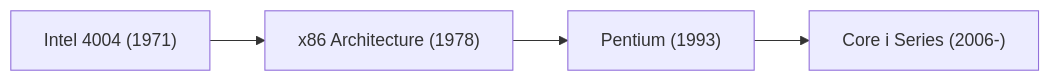
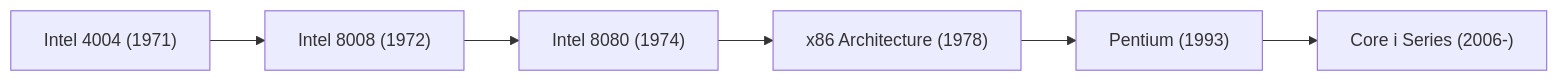
Before and after one commit to kenjinote/blog: the diagram in content/post/history-of-intel/index.md, drawn with Mermaid. The commit also changed other lines of this file and 276 other files, not shown here.

````diff
--- a/content/post/history-of-intel/index.md
+++ b/content/post/history-of-intel/index.md
@@ -20,6 +31,8 @@
 ```mermaid
 flowchart LR
-    Intel4004["Intel 4004 (1971)"] --> x86["x86 Architecture (1978)"]
+    Intel4004["Intel 4004 (1971)"] --> Intel8008["Intel 8008 (1972)"]
+    Intel8008 --> Intel8080["Intel 8080 (1974)"]
+    Intel8080 --> x86["x86 Architecture (1978)"]
     x86 --> Pentium["Pentium (1993)"]
     Pentium --> Core["Core i Series (2006-)"]
 ```
````
